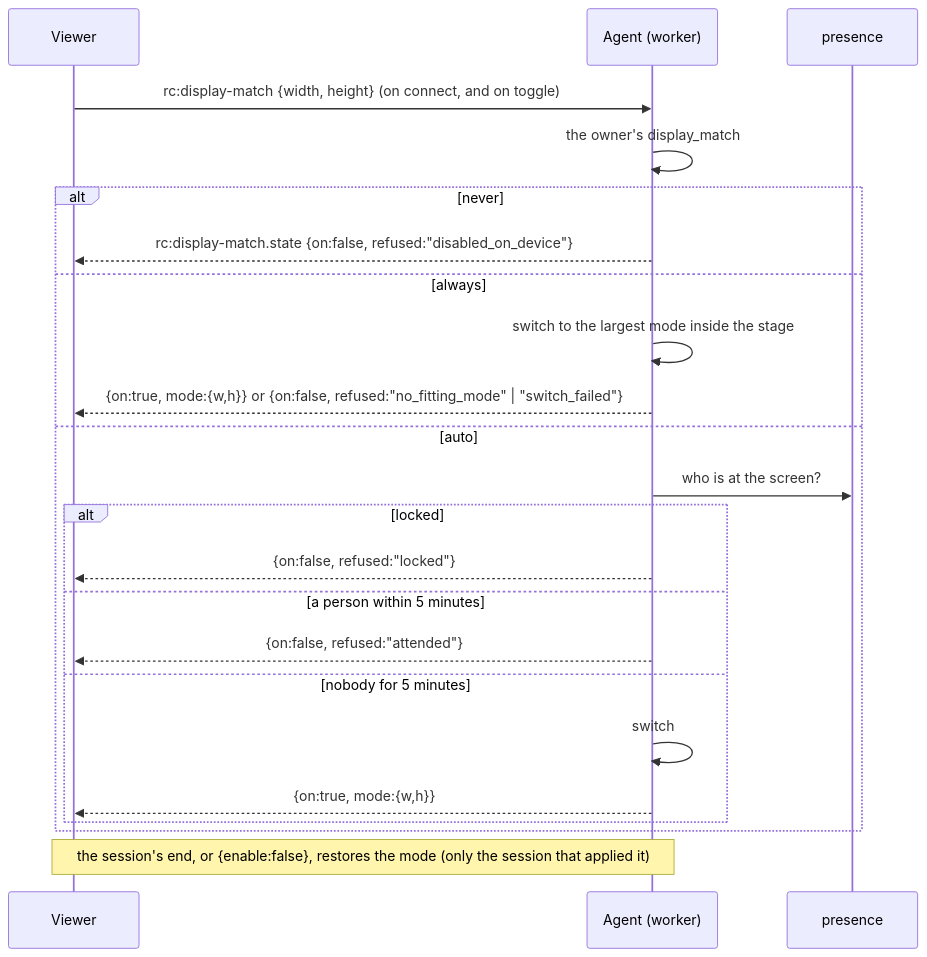
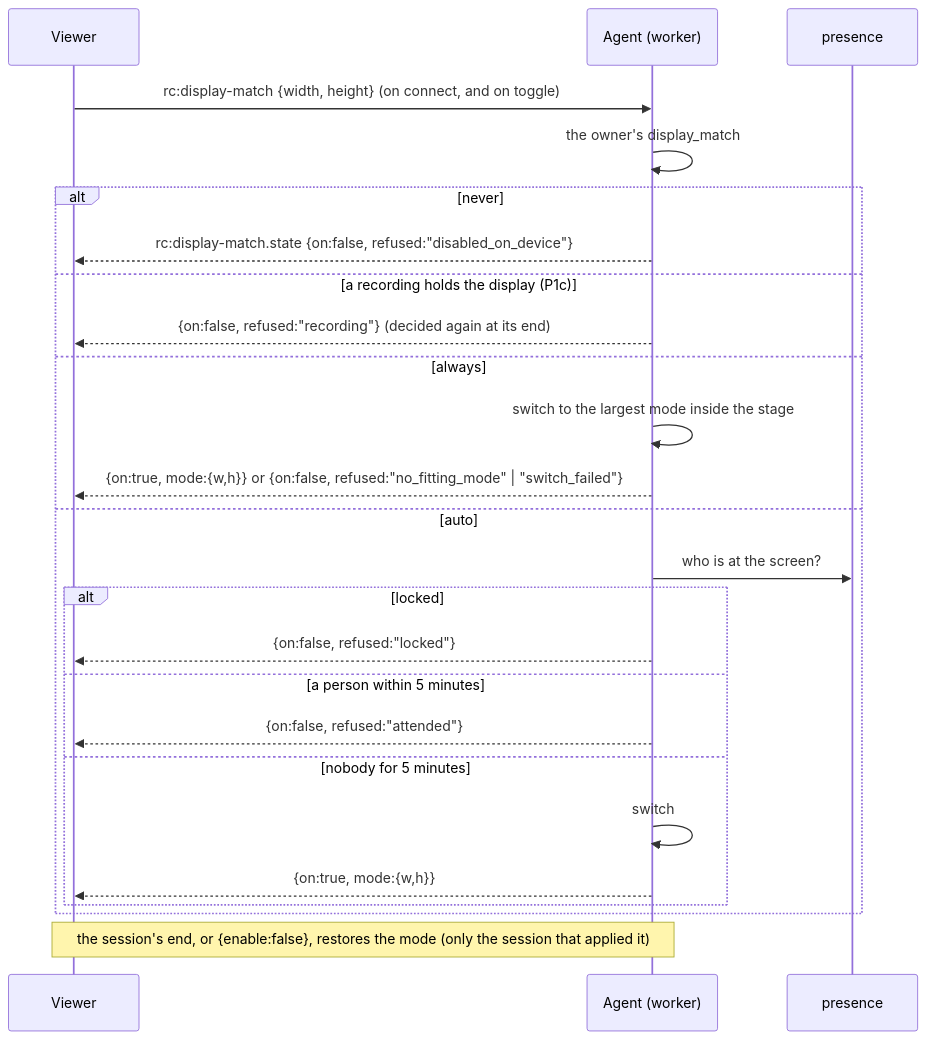
One commit to gjovanov/roomler-ai changed the first of 5 diagrams in docs/display-match.md. Above: the diagram before and after it, drawn with Mermaid. The commit also changed other lines of this file and 3 other files, not shown here.

First line of the commit message:
docs(display-match): a recording holds the display (FR-108 P1c, #3467)

````diff
--- a/docs/display-match.md
+++ b/docs/display-match.md
@@ -31,25 +32,27 @@
 ```mermaid
 sequenceDiagram
     participant V as Viewer
     participant A as Agent (worker)
     participant P as presence
     V->>A: rc:display-match {width, height} (on connect, and on toggle)
     A->>A: the owner's display_match
     alt never
         A-->>V: rc:display-match.state {on:false, refused:"disabled_on_device"}
+    else a recording holds the display (P1c)
+        A-->>V: {on:false, refused:"recording"} (decided again at its end)
     else always
         A->>A: switch to the largest mode inside the stage
         A-->>V: {on:true, mode:{w,h}}  or  {on:false, refused:"no_fitting_mode" | "switch_failed"}
     else auto
         A->>P: who is at the screen?
         alt locked
             A-->>V: {on:false, refused:"locked"}
         else a person within 5 minutes
             A-->>V: {on:false, refused:"attended"}
         else nobody for 5 minutes
             A->>A: switch
             A-->>V: {on:true, mode:{w,h}}
         end
     end
     Note over V,A: the session's end, or {enable:false}, restores the mode (only the session that applied it)
 ```
````
